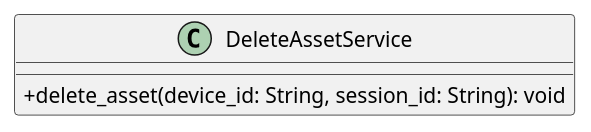
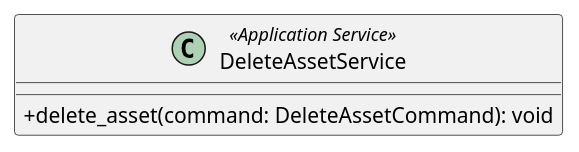
Before and after one commit to GroupRubberDuck/Documentazione: the diagram in src/PB/DocumentazioneEsterna/Specifica_Tecnica/content/uml/puml/Diagrammi_classi/Backend/ApplicationServices/DeleteAssetService.puml, drawn with PlantUML. The commit also changed 21 other files, not shown here.

Commit message:
Fix: st asset con command

```diff
--- a/src/PB/DocumentazioneEsterna/Specifica_Tecnica/content/uml/puml/Diagrammi_classi/Backend/ApplicationServices/DeleteAssetService.puml
+++ b/src/PB/DocumentazioneEsterna/Specifica_Tecnica/content/uml/puml/Diagrammi_classi/Backend/ApplicationServices/DeleteAssetService.puml
@@ -1,7 +1,7 @@
 @startuml DeleteAssetService
 skinparam classAttributeIconSize 0
-class DeleteAssetService {
-    + delete_asset(device_id: String, session_id: String): void
+class DeleteAssetService <<Application Service>> {
+    + delete_asset(command: DeleteAssetCommand): void
 }
 
 @enduml
```
